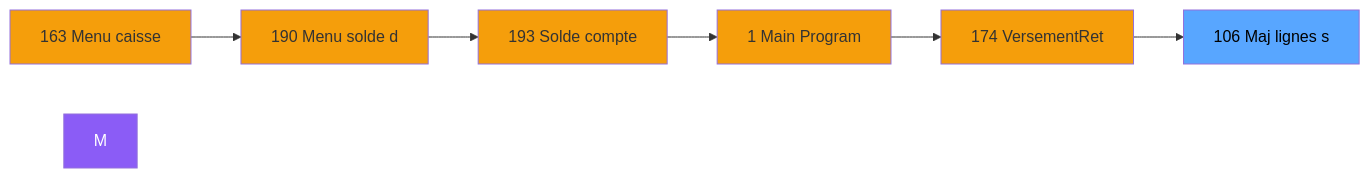
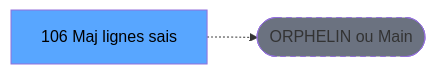
Before and after one commit to thonyAGP/lecteur-magic: the second of 3 diagrams in .openspec/specs/ADH-IDE-106.md, drawn with Mermaid. The commit also changed other lines of this file and 701 other files, not shown here.

````diff
--- a/.openspec/specs/ADH-IDE-106.md
+++ b/.openspec/specs/ADH-IDE-106.md
@@ -125,21 +120,8 @@
 ```mermaid
 graph LR
-    N163[163 Menu caisse ]
-    N190[190 Menu solde d]
-    N193[193 Solde compte]
-    N1[1 Main Program]
-    N174[174 VersementRet]
-    T[106 Maj lignes s]
-    N163 --> N190
-    N190 --> N193
-    N193 --> N1
-    N1 --> N174
-    N174 --> T
-    style M fill:#8b5cf6,color:#fff
-    style N163 fill:#f59e0b
-    style N190 fill:#f59e0b
-    style N193 fill:#f59e0b
-    style N1 fill:#f59e0b
-    style N174 fill:#f59e0b
+    T[106 Maj lignes sais]
+    ORPHAN([ORPHELIN ou Main])
+    T -.-> ORPHAN
     style T fill:#58a6ff,color:#000
+    style ORPHAN fill:#6b7280,stroke-dasharray: 5 5
 ```
````
